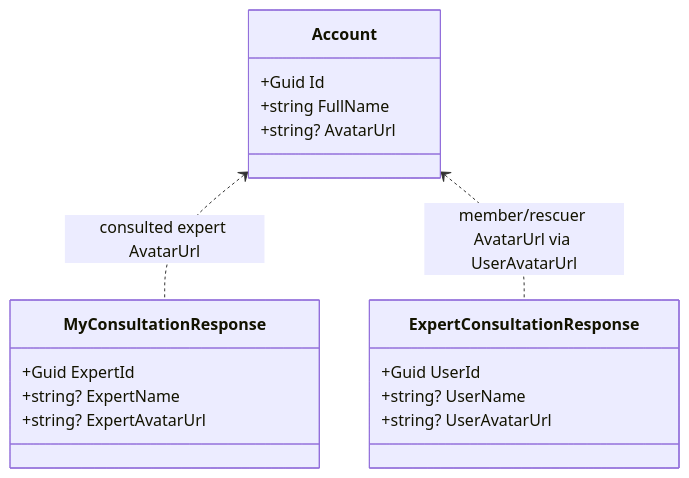
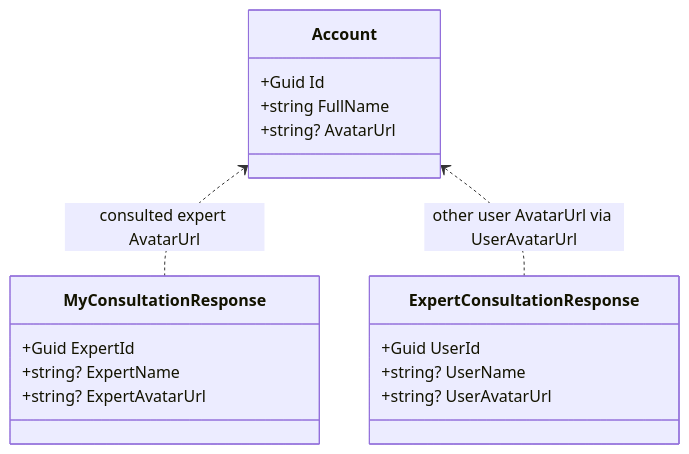
Before and after one commit to Snake-AID/SnakeAid.Docs: the first of 3 diagrams in Docs/05-Backend/02-layers/expert-avatar/expert-avatar.sourcecode.md, drawn with Mermaid. The commit also changed other lines of this file and 4 other files, not shown here.

First line of the commit message:
docs(backend): refine expert-avatar terminology to "other user"

````diff
--- a/Docs/05-Backend/02-layers/expert-avatar/expert-avatar.sourcecode.md
+++ b/Docs/05-Backend/02-layers/expert-avatar/expert-avatar.sourcecode.md
@@ -16,23 +16,23 @@
 ```mermaid
 classDiagram
 class Account {
   +Guid Id
   +string FullName
   +string? AvatarUrl
 }
 
 class MyConsultationResponse {
   +Guid ExpertId
   +string? ExpertName
   +string? ExpertAvatarUrl
 }
 
 class ExpertConsultationResponse {
   +Guid UserId
   +string? UserName
   +string? UserAvatarUrl
 }
 
 Account <.. MyConsultationResponse : consulted expert AvatarUrl
-Account <.. ExpertConsultationResponse : member/rescuer AvatarUrl via UserAvatarUrl
+Account <.. ExpertConsultationResponse : other user AvatarUrl via UserAvatarUrl
 ```
````
